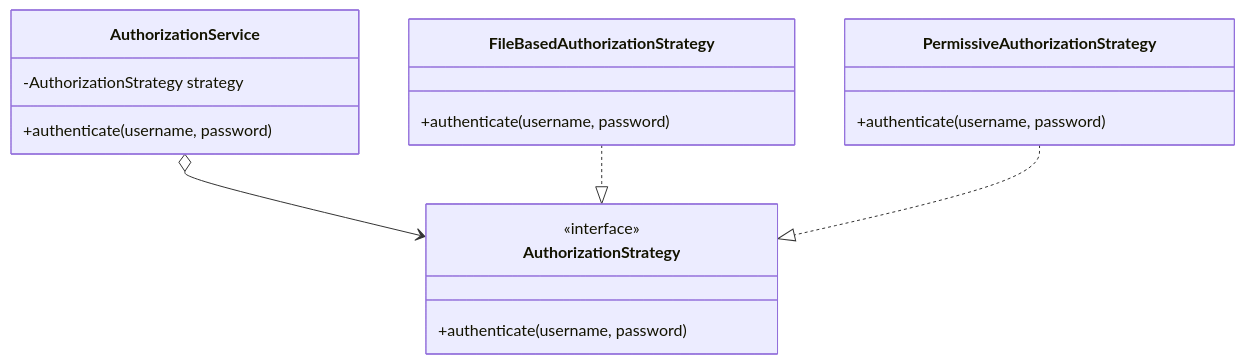
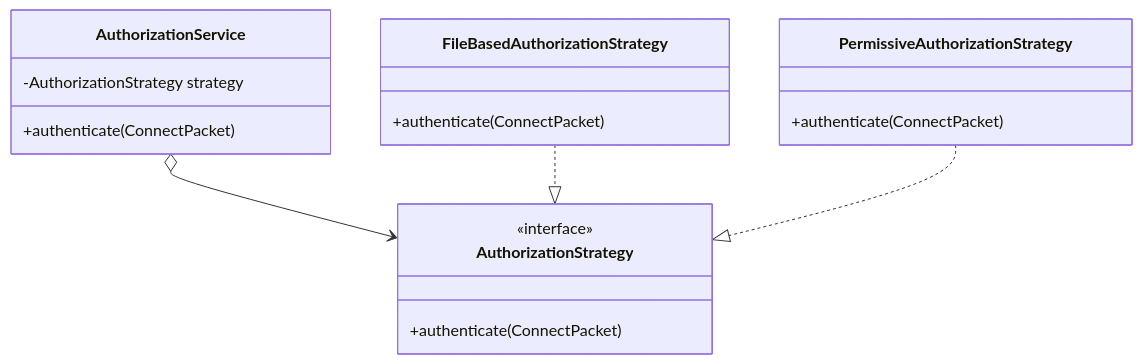
The second of 8 diagrams in README.md (karolbystrek/mqtt-broker), drawn with Mermaid before and after one commit. The commit also changed other lines of this file and 6 other files, not shown here.

````diff
--- a/README.md
+++ b/README.md
@@ -68,22 +68,22 @@
 ```mermaid
 classDiagram
     class AuthorizationService {
         -AuthorizationStrategy strategy
-        +authenticate(username, password)
+        +authenticate(ConnectPacket)
     }
     class AuthorizationStrategy {
         <<interface>>
-        +authenticate(username, password)
+        +authenticate(ConnectPacket)
     }
     class FileBasedAuthorizationStrategy {
-        +authenticate(username, password)
+        +authenticate(ConnectPacket)
     }
     class PermissiveAuthorizationStrategy {
-        +authenticate(username, password)
+        +authenticate(ConnectPacket)
     }
     
     
     AuthorizationService o--> AuthorizationStrategy
     FileBasedAuthorizationStrategy ..|> AuthorizationStrategy
     PermissiveAuthorizationStrategy ..|> AuthorizationStrategy
 ```
````
